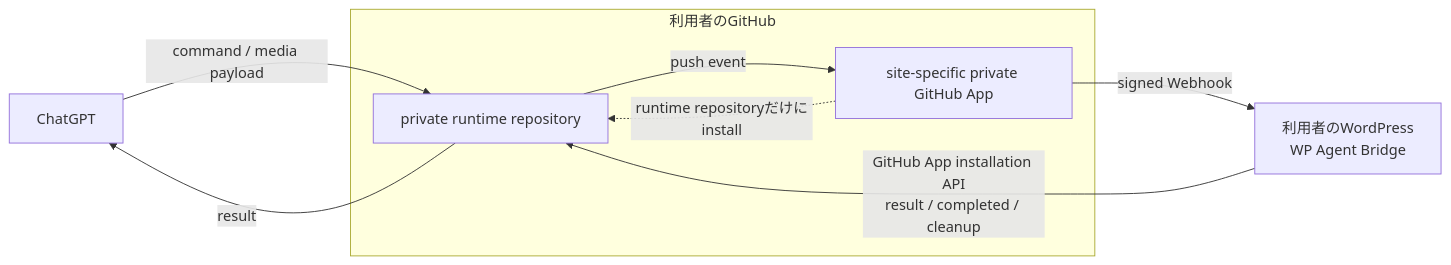
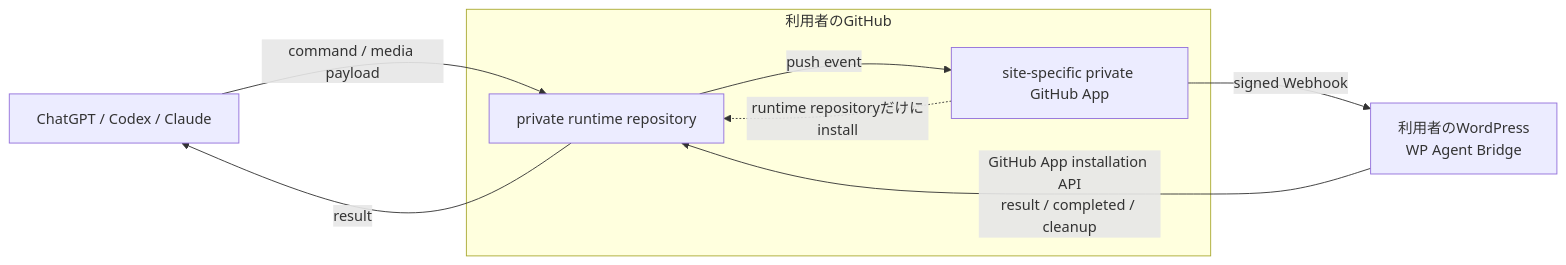
One commit to takka-d/wp-agent-bridge changed the diagram in README.md. Above: the diagram before and after it, drawn with Mermaid. The commit also changed other lines of this file and 5 other files, not shown here.

First line of the commit message:
Release 1.1.43: describe Claude alongside ChatGPT and Codex (#79)

````diff
--- a/README.md
+++ b/README.md
@@ -15,19 +15,19 @@
 ```mermaid
 flowchart LR
-    C["ChatGPT"]
+    C["ChatGPT / Codex / Claude"]
 
     subgraph GH["利用者のGitHub"]
         R["private runtime repository"]
         A["site-specific private GitHub App"]
     end
 
     W["利用者のWordPress<br/>WP Agent Bridge"]
 
     C -->|"command / media payload"| R
     R -->|"push event"| A
     A -->|"signed Webhook"| W
     W -->|"GitHub App installation API<br/>result / completed / cleanup"| R
     R -->|"result"| C
 
     A -. "runtime repositoryだけにinstall" .-> R
 ```
````
